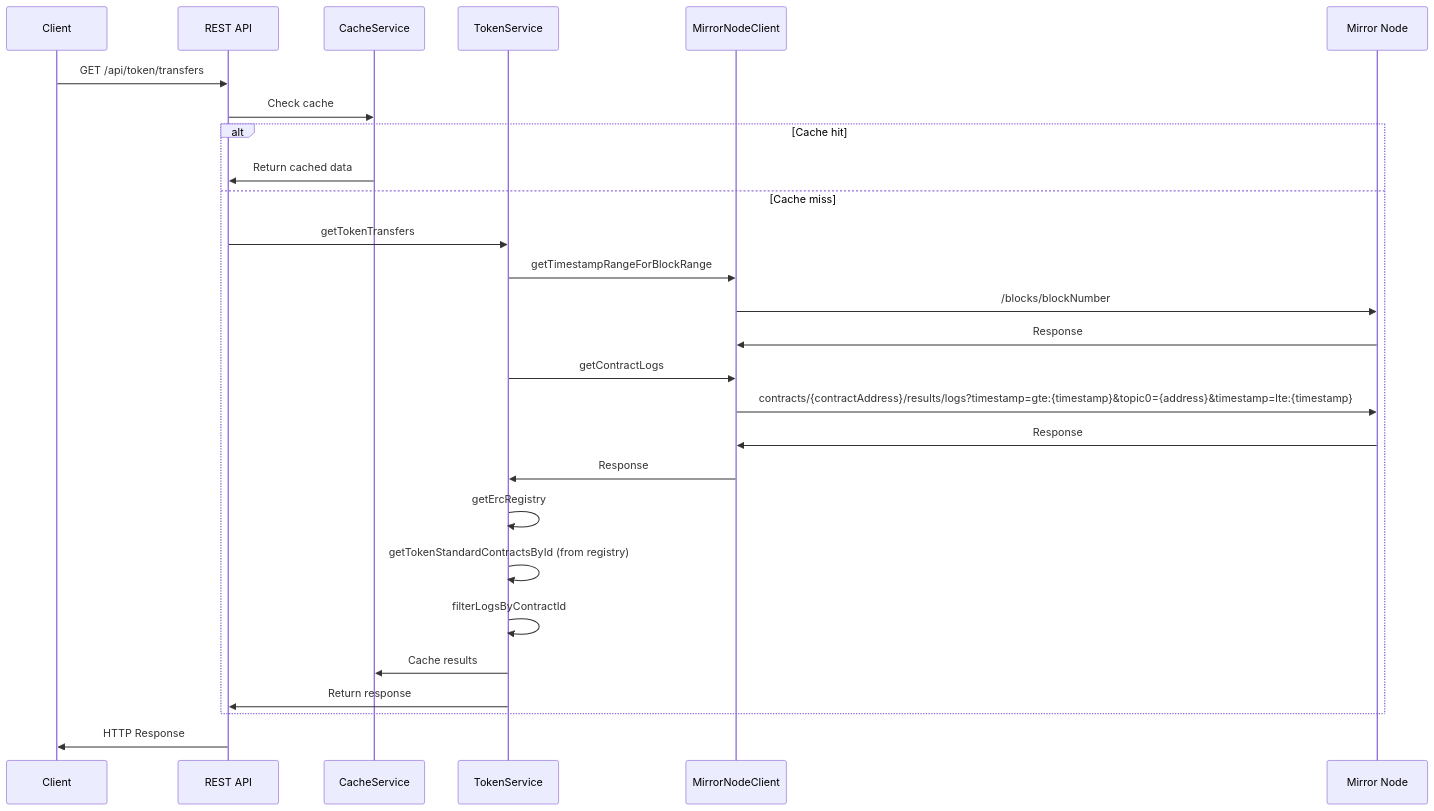
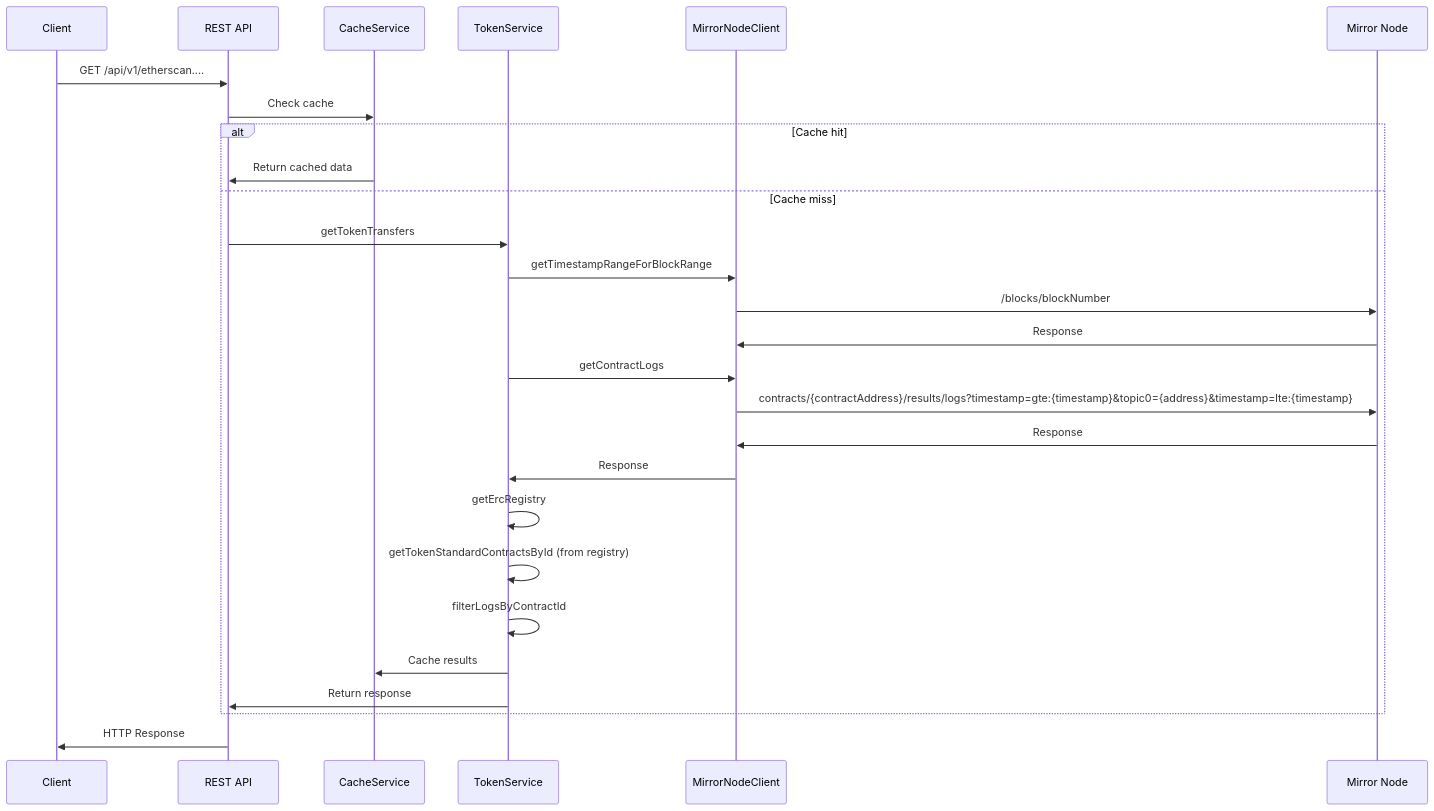
The diagram in docs/design/additional-endpoints.md (hashgraph/hedera-json-rpc-relay), drawn with Mermaid before and after one commit. The commit also changed other lines of this file, not shown here.

````diff
--- a/docs/design/additional-endpoints.md
+++ b/docs/design/additional-endpoints.md
@@ -246,23 +243,23 @@
 ```mermaid
 sequenceDiagram
-    Client->>REST API: GET /api/token/transfers
+    Client->>REST API: GET /api/v1/etherscan....
     REST API->>CacheService: Check cache
     alt Cache hit
         CacheService->>REST API: Return cached data
     else Cache miss
         REST API->>TokenService: getTokenTransfers
         TokenService->>MirrorNodeClient: getTimestampRangeForBlockRange
         MirrorNodeClient->>Mirror Node: /blocks/blockNumber
         Mirror Node->>MirrorNodeClient: Response
         TokenService->>MirrorNodeClient: getContractLogs
         MirrorNodeClient->>Mirror Node: contracts/{contractAddress}/results/logs?timestamp=gte:{timestamp}&topic0={address}&timestamp=lte:{timestamp}
         Mirror Node->>MirrorNodeClient: Response
         MirrorNodeClient->>TokenService: Response
         TokenService->>TokenService: getErcRegistry
         TokenService->>TokenService: getTokenStandardContractsById (from registry)
         TokenService->>TokenService: filterLogsByContractId
         TokenService->>CacheService: Cache results
         TokenService->>REST API: Return response
     end
     REST API->>Client: HTTP Response
 ```
````
